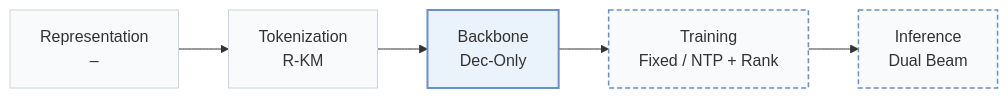
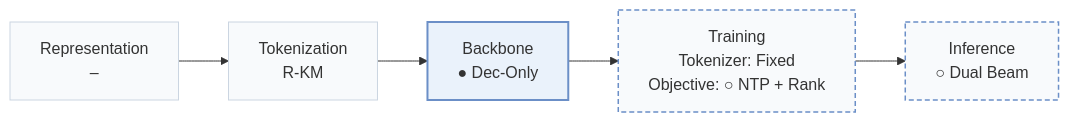
One commit to Galaxy-ghost/Awesome-SID-Generative-Rec changed the first of 2 diagrams in pages/papers/dualgr.md. Above: the diagram before and after it, drawn with Mermaid. The commit also changed other lines of this file and 558 other files, not shown here.

````diff
--- a/pages/papers/dualgr.md
+++ b/pages/papers/dualgr.md
@@ -15,10 +18,10 @@
 ```mermaid
 flowchart LR
-    R["Representation<br/>–"] --> T["Tokenization<br/>R-KM"] --> B["Backbone<br/>Dec-Only"] --> TR["Training<br/>Fixed / NTP + Rank"] --> I["Inference<br/>Dual Beam"]
+    R["Representation<br/>–"] --> T["Tokenization<br/>R-KM"] --> B["Backbone<br/>● Dec-Only"] --> TR["Training<br/>Tokenizer: Fixed<br/>Objective: ○ NTP + Rank"] --> I["Inference<br/>○ Dual Beam"]
     classDef base fill:#f8fafc,stroke:#cbd5e1
     class R,T,B,TR,I base
-    classDef also fill:#f8fafc,stroke:#6b8fc7,stroke-width:1.5px,stroke-dasharray:5 3
-    class TR,I also
+    classDef other fill:#f8fafc,stroke:#6b8fc7,stroke-width:1.5px,stroke-dasharray:5 3
+    class TR,I other
     classDef main fill:#eaf2fb,stroke:#6b8fc7,stroke-width:2px
     class B main
 ```
````
